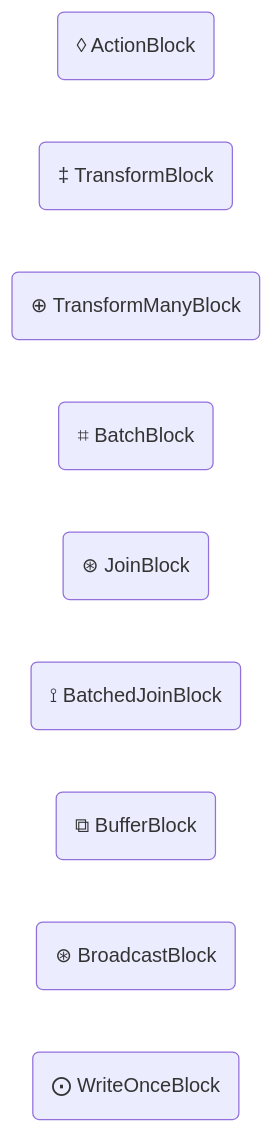
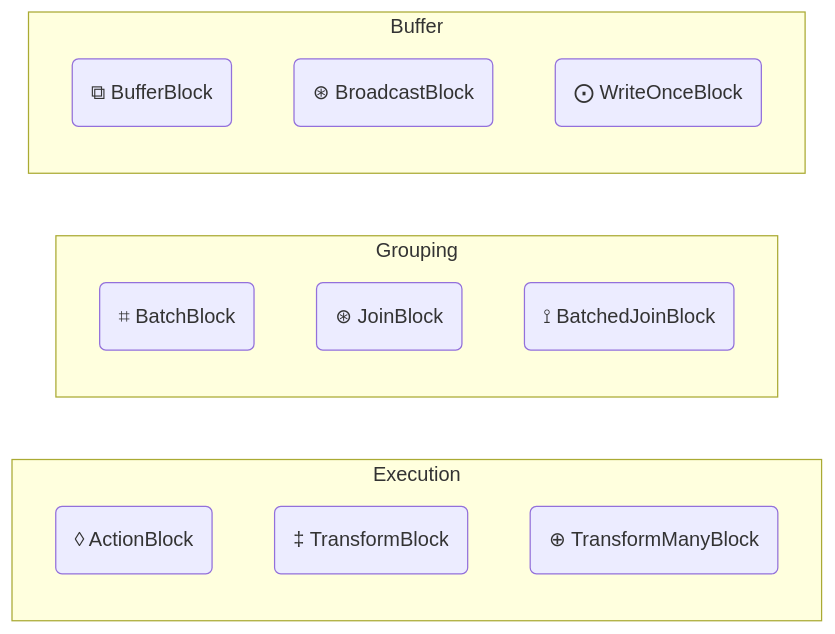
Before and after one commit to MartinRL/TplDataflow: the diagram in BlockTypes.mmd, drawn with Mermaid.

Commit message:
valid subgraph syntax

```diff
--- a/BlockTypes.mmd
+++ b/BlockTypes.mmd
@@ -1,21 +1,21 @@
 flowchart LR
-    %% subgraph [ ]
+    subgraph Execution
         %% direction TD
         AB("◊ ActionBlock<T>")
         TB("‡ TransformBlock<T, U>")
         TMB("⊕ TransformManyBlock<TInput, TOutput>")
-    %% end
+    end
     
-    %% subgraph [ ]
+    subgraph Grouping
         %% direction TD
         BaB("⌗ BatchBlock<T>")
         JB("⊛ JoinBlock<T1, T2>")
         BJB("⟟ BatchedJoinBlock<T1, T2>")
-    %% end
+    end
     
-    %% subgraph [ ]
+    subgraph Buffer
         %% direction TD
         BB("⧉ BufferBlock<T>")
         BrB("⊛ BroadcastBlock<T>")
         WOB("⨀ WriteOnceBlock<T>")
-    %% end
+    end
```
